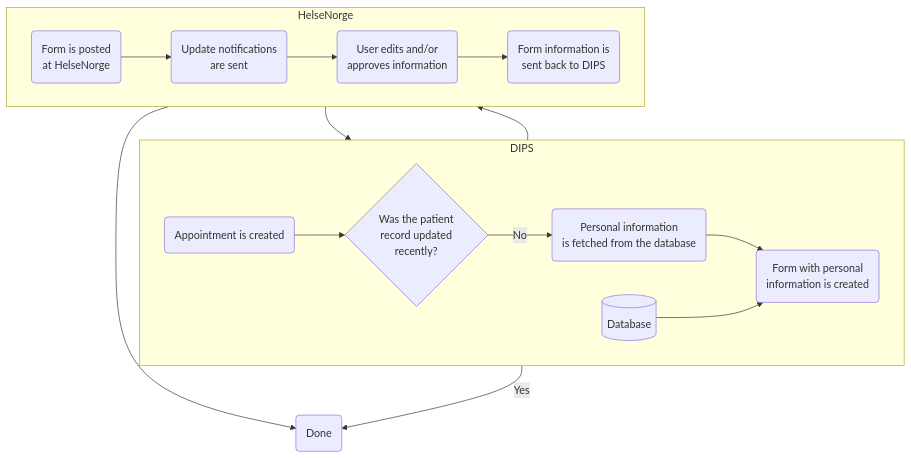
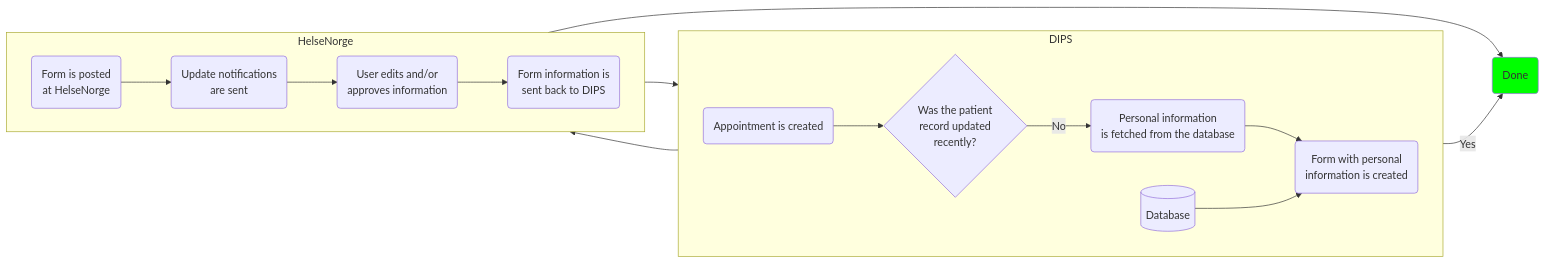
Before and after one commit to oleksii-nikolaienko/Eitri_OpenDIPS: the diagram in Flow.md, drawn with Mermaid.

````diff
--- a/Flow.md
+++ b/Flow.md
@@ -1,27 +1,28 @@
 ```mermaid
-  flowchart TB
+  flowchart LR
       
       done(Done)
+      style done fill:#00ff00
       
       subgraph DIPS
         direction LR
         create_appoint(Appointment is created)-->when_updated{Was the patient\nrecord updated\nrecently?}
         when_updated -- No --> fetch_info(Personal information\nis fetched from the database)
         fetch_info --> create_form(Form with personal\ninformation is created)
         db[(Database)] --> create_form
       end
       
       subgraph HelseNorge
         direction LR
         post_form(Form is posted\nat HelseNorge) --> notify(Update notifications\nare sent)
         notify --> edit(User edits and/or\napproves information)
         edit --> send_back(Form information is\nsent back to DIPS)
         
       end
       
       when_updated -- Yes --> done
       create_form --> post_form
       send_back --> done
       send_back --> db
       
 ```
````
